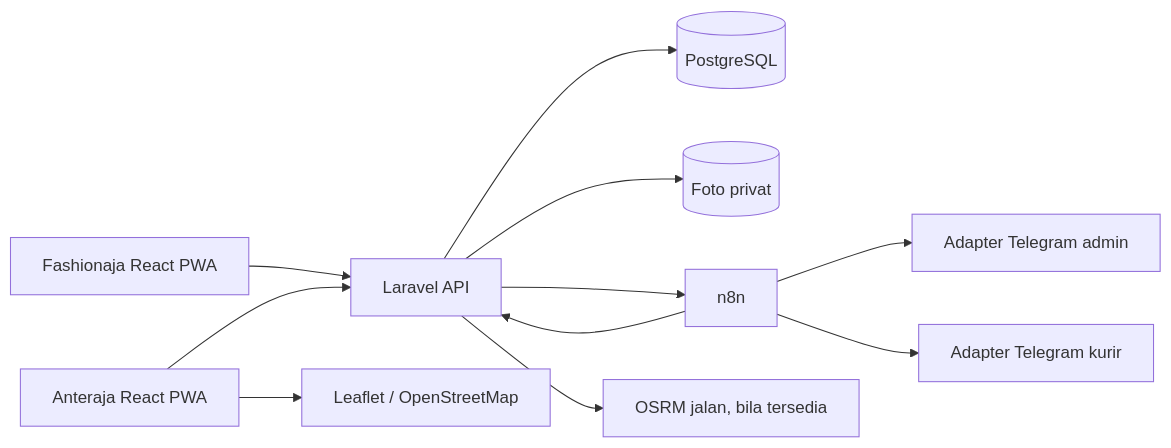
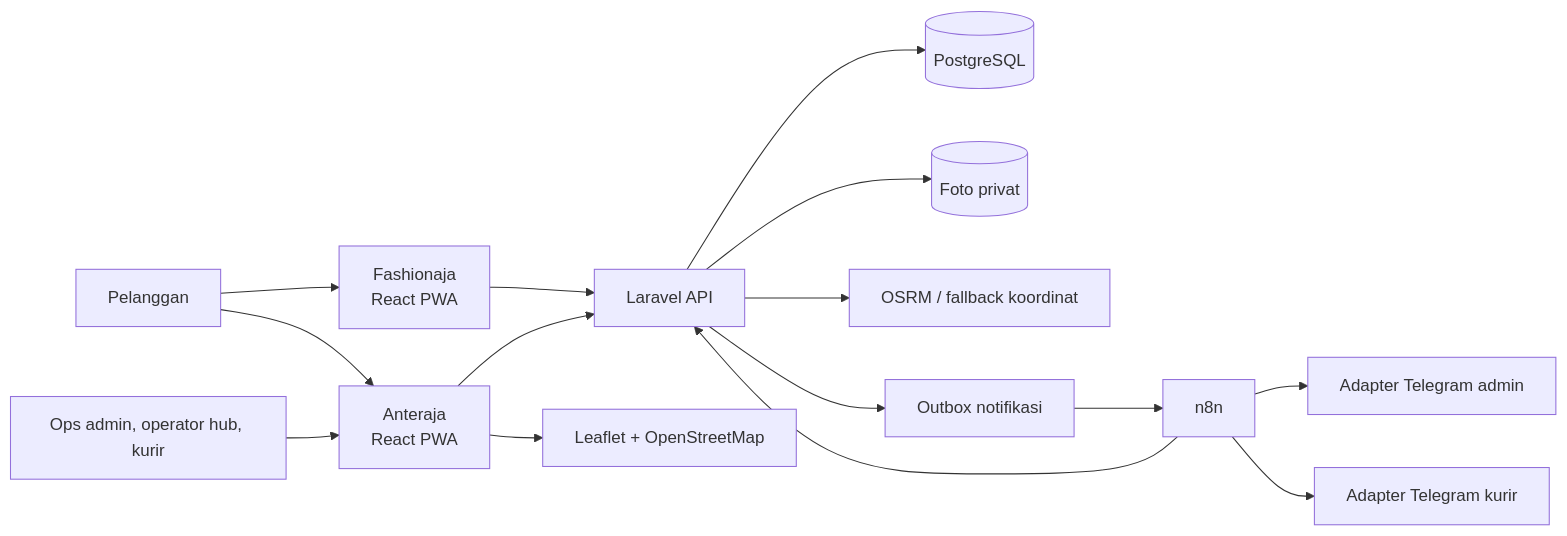
Before and after one commit to rianyuliawan/hackathon-anteraja: the diagram in docs/ALUR_DAN_ARSITEKTUR.md, drawn with Mermaid. The commit also changed other lines of this file and 13 other files, not shown here.

````diff
--- a/docs/ALUR_DAN_ARSITEKTUR.md
+++ b/docs/ALUR_DAN_ARSITEKTUR.md
@@ -7,13 +7,17 @@
 ```mermaid
 flowchart LR
-  CAT[Fashionaja React PWA] --> API[Laravel API]
-  OPS[Anteraja React PWA] --> API
+  BUYER[Pelanggan] --> CAT[Fashionaja<br/>React PWA]
+  BUYER --> OPS[Anteraja<br/>React PWA]
+  ADMIN[Ops admin, operator hub, kurir] --> OPS
+  CAT --> API[Laravel API]
+  OPS --> API
   API --> DB[(PostgreSQL)]
-  API --> FILE[(Foto privat)]
-  API --> N8N[n8n]
+  API --> PHOTO[(Foto privat)]
+  OPS --> MAP[Leaflet + OpenStreetMap]
+  API --> ROUTE[OSRM / fallback koordinat]
+  API --> OUTBOX[Outbox notifikasi]
+  OUTBOX --> N8N[n8n]
   N8N --> API
-  N8N --> TA[Adapter Telegram admin]
-  N8N --> TC[Adapter Telegram kurir]
-  OPS --> MAP[Leaflet / OpenStreetMap]
-  API --> OSRM[OSRM jalan, bila tersedia]
+  N8N --> TGA[Adapter Telegram admin]
+  N8N --> TGC[Adapter Telegram kurir]
 ```
````
